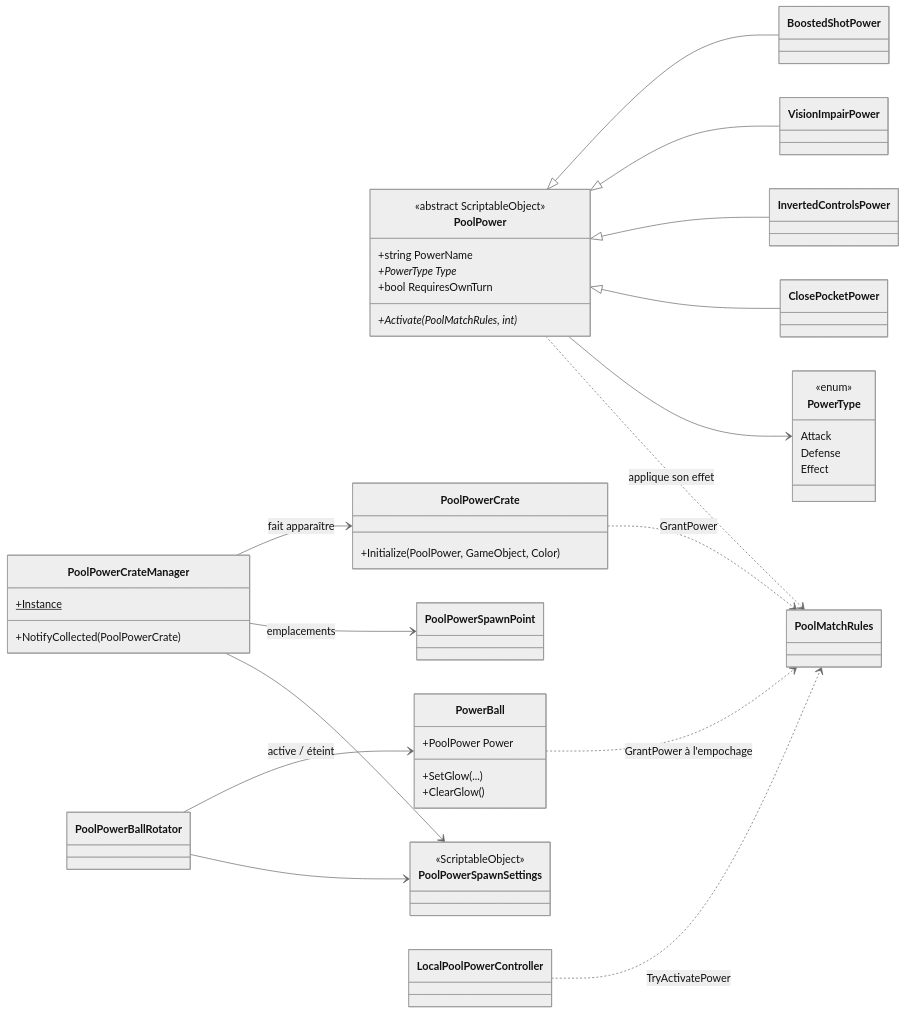
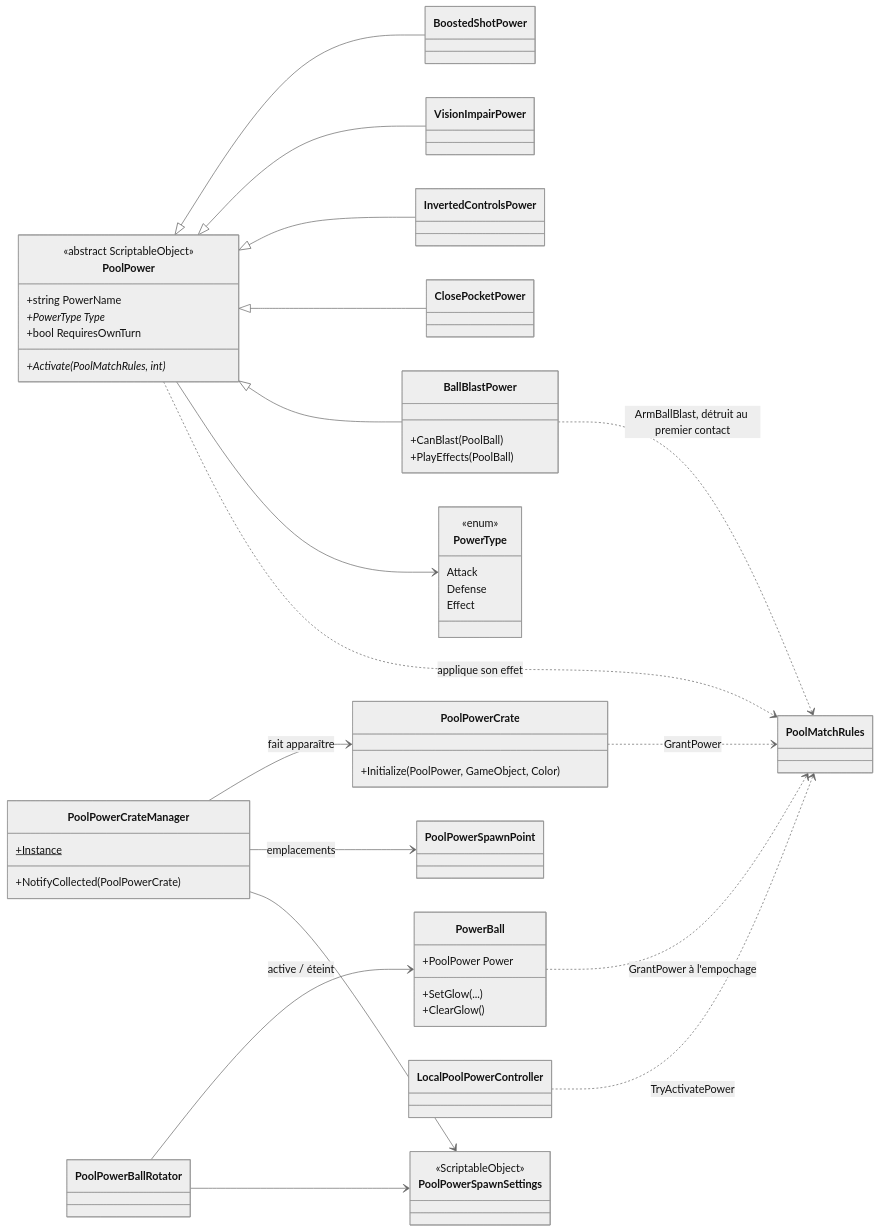
The fourth of 4 diagrams in docs/content/tech/architecture.md (FlackyBoy/UntitledPoolgame), drawn with Mermaid (neutral theme) before and after one commit. The commit also changed other lines of this file and 14 other files, not shown here.

Commit message:
Docs: Configuration page, HUD, Ball Blast, reach, camera; TODO and changelog

````diff
--- a/docs/content/tech/architecture.md
+++ b/docs/content/tech/architecture.md
@@ -234,54 +239,60 @@
 ```mermaid
 classDiagram
   direction LR
   class PoolPower {
     <<abstract ScriptableObject>>
     +string PowerName
     +PowerType Type*
     +bool RequiresOwnTurn
     +Activate(PoolMatchRules, int)*
   }
   class BoostedShotPower
   class VisionImpairPower
   class InvertedControlsPower
   class ClosePocketPower
+  class BallBlastPower {
+    +CanBlast(PoolBall)
+    +PlayEffects(PoolBall)
+  }
   class PowerType {
     <<enum>>
     Attack
     Defense
     Effect
   }
   class PoolPowerCrate {
     +Initialize(PoolPower, GameObject, Color)
   }
   class PoolPowerCrateManager {
     +Instance$
     +NotifyCollected(PoolPowerCrate)
   }
   class PoolPowerBallRotator
   class PowerBall {
     +PoolPower Power
     +SetGlow(...)
     +ClearGlow()
   }
   class PoolPowerSpawnPoint
   class PoolPowerSpawnSettings {
     <<ScriptableObject>>
   }
   class LocalPoolPowerController
 
   PoolPower <|-- BoostedShotPower
   PoolPower <|-- VisionImpairPower
   PoolPower <|-- InvertedControlsPower
   PoolPower <|-- ClosePocketPower
+  PoolPower <|-- BallBlastPower
+  BallBlastPower ..> PoolMatchRules : ArmBallBlast, détruit au premier contact
   PoolPower --> PowerType
   PoolPowerCrateManager --> PoolPowerCrate : fait apparaître
   PoolPowerCrateManager --> PoolPowerSpawnPoint : emplacements
   PoolPowerCrateManager --> PoolPowerSpawnSettings
   PoolPowerBallRotator --> PowerBall : active / éteint
   PoolPowerBallRotator --> PoolPowerSpawnSettings
   PoolPowerCrate ..> PoolMatchRules : GrantPower
   PowerBall ..> PoolMatchRules : GrantPower à l'empochage
   LocalPoolPowerController ..> PoolMatchRules : TryActivatePower
   PoolPower ..> PoolMatchRules : applique son effet
 ```
````
